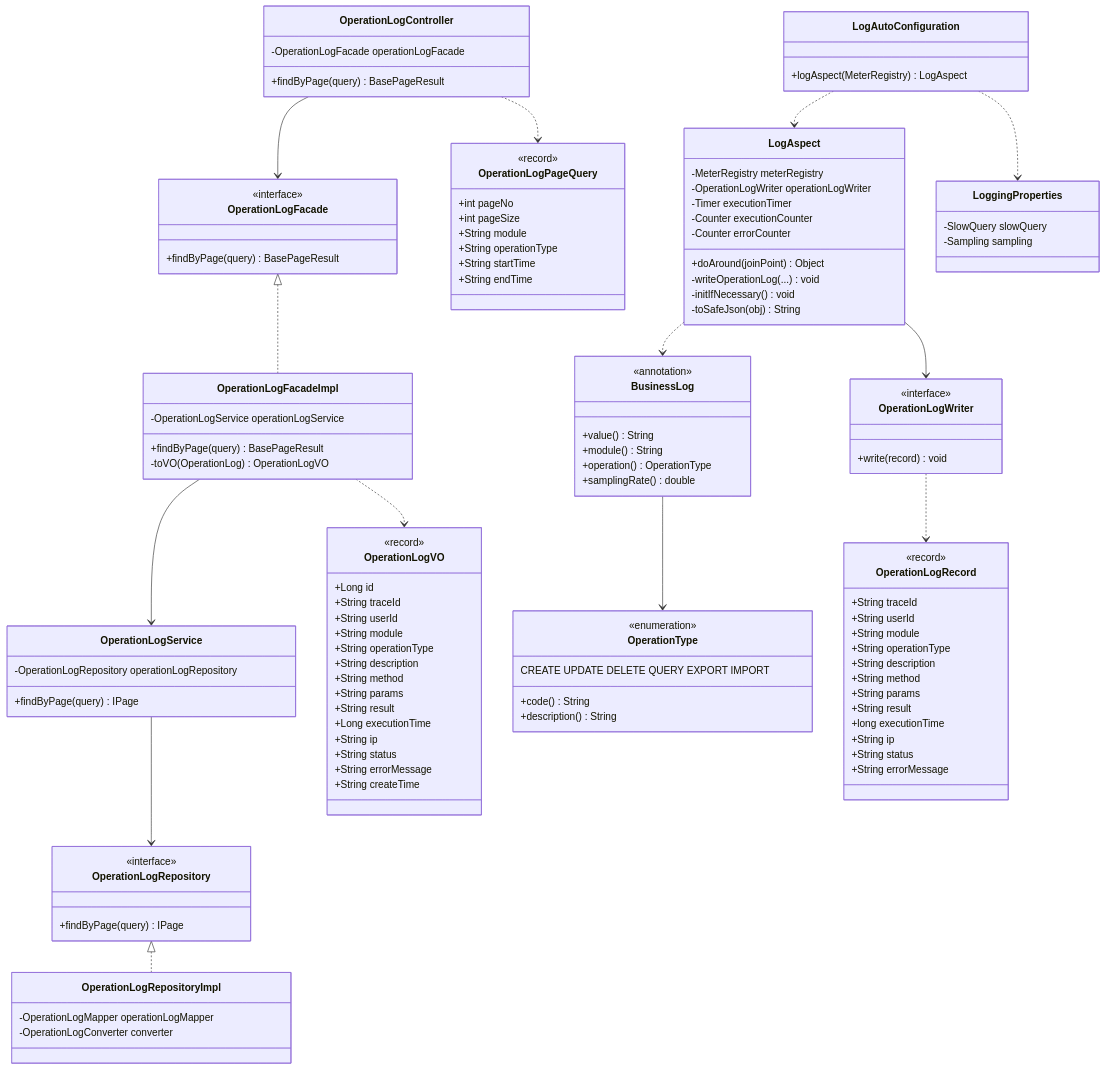
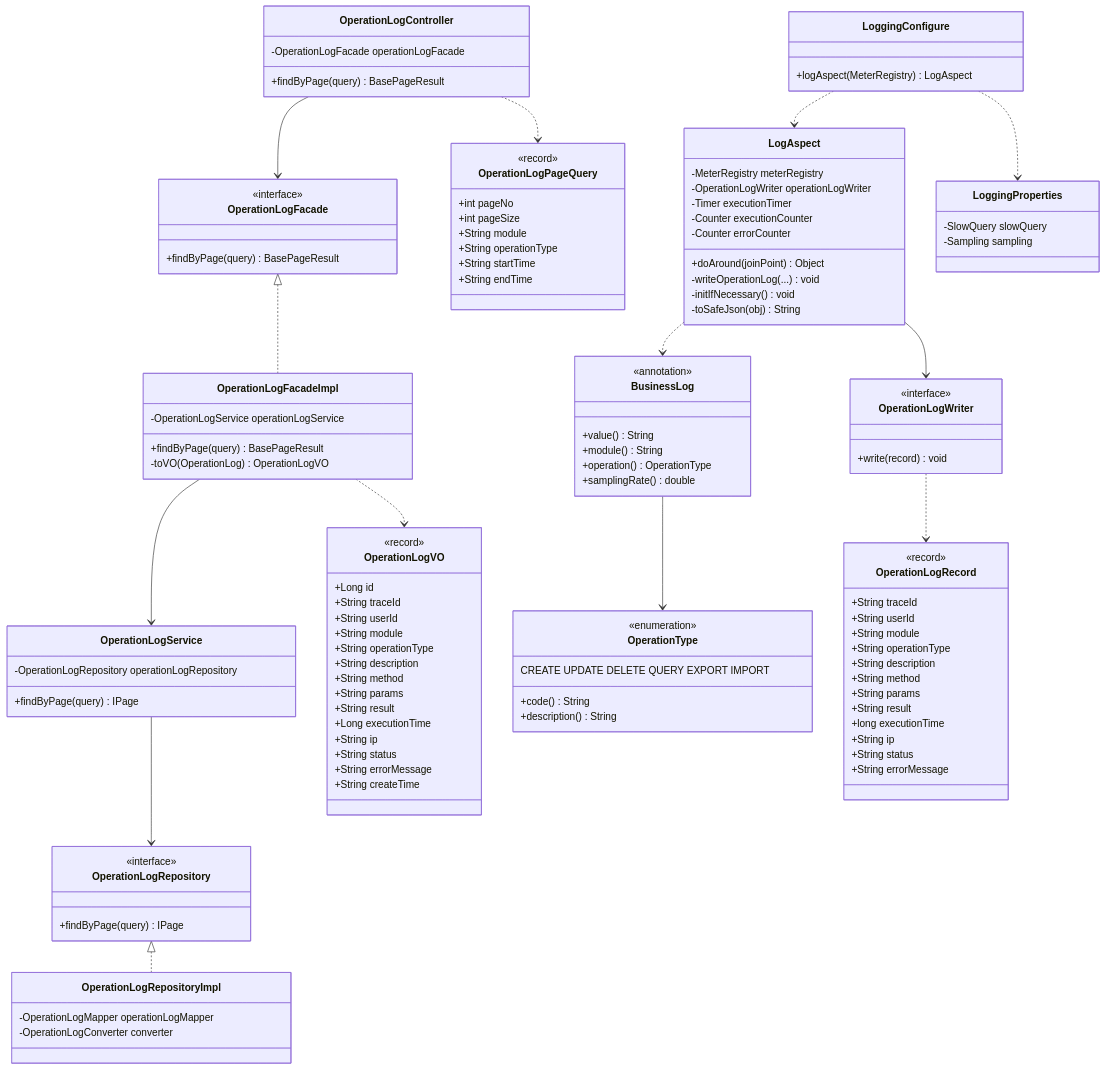
Before and after one commit to LeoNardo-LB/web-quick-start-light: the second of 2 diagrams in docs/modules/operation-log.md, drawn with Mermaid. The commit also changed other lines of this file and 26 other files, not shown here.

````diff
--- a/docs/modules/operation-log.md
+++ b/docs/modules/operation-log.md
@@ -174,7 +174,7 @@
         +String endTime
     }
 
-    class LogAutoConfiguration {
+    class LoggingConfigure {
         +logAspect(MeterRegistry) LogAspect
     }
 
@@ -194,6 +194,6 @@
     OperationLogRepository <|.. OperationLogRepositoryImpl
     OperationLogFacadeImpl ..> OperationLogVO
     OperationLogController ..> OperationLogPageQuery
-    LogAutoConfiguration ..> LogAspect
-    LogAutoConfiguration ..> LoggingProperties
+    LoggingConfigure ..> LogAspect
+    LoggingConfigure ..> LoggingProperties
 ```
````
